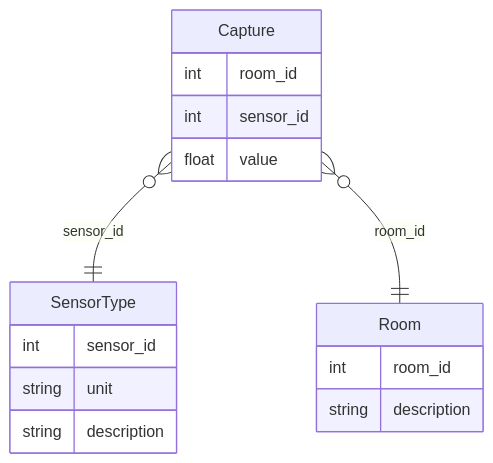
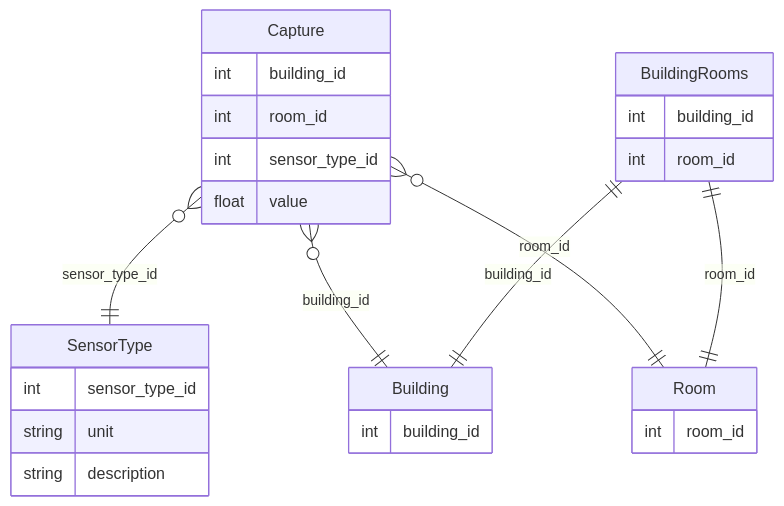
One commit to Chris-Fr-C/vibooexample changed the diagram in README.md. Above: the diagram before and after it, drawn with Mermaid. The commit also changed other lines of this file and 6 other files, not shown here.

````diff
--- a/README.md
+++ b/README.md
@@ -45,25 +50,38 @@
 ```mermaid
 ---
 title Database structure
 ---
 erDiagram
+  Building {
+    int building_id
+  }
+
   Room {
     int room_id
-    string description
   }
 
   SensorType {
-    int sensor_id
+    int sensor_type_id
     string unit
     string description
   }
 
   Capture {
+    int building_id
     int room_id
-    int sensor_id
+    int sensor_type_id
     float value
   }
 
-  Capture }o--|| SensorType: sensor_id
+  BuildingRooms {
+    int building_id
+    int room_id
+  }
+
+  BuildingRooms ||--|| Room: room_id
+  BuildingRooms ||--|| Building: building_id
+
+  Capture }o--|| SensorType: sensor_type_id
+  Capture }o--|| Building: building_id
   Capture }o--|| Room: room_id
 ```
````
